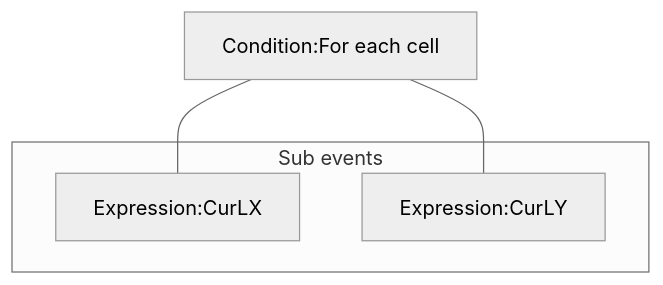
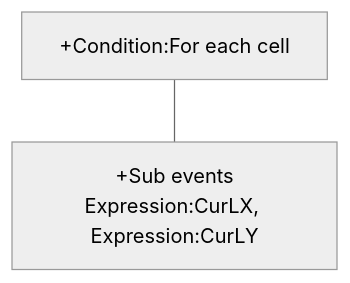
The second of 2 diagrams in plugins.md/rex_board.md (rexrainbow/C2RexDoc), drawn with Mermaid (neutral theme) before and after one commit. The commit also changed 1 other file, not shown here.

````diff
--- a/plugins.md/rex_board.md
+++ b/plugins.md/rex_board.md
@@ -63,10 +63,4 @@
 ```mermaid
 graph TB
-CndForEachCell[Condition:For each cell] --- ExpCurLX[Expression:CurLX]
-CndForEachCell --- ExpCurLY[Expression:CurLY]
-
-subgraph Sub events
-ExpCurLX
-ExpCurLY
-end
+CndForEachCell[+Condition:For each cell] --- Subevent[+Sub events<br>Expression:CurLX, Expression:CurLY]
 ```
````
